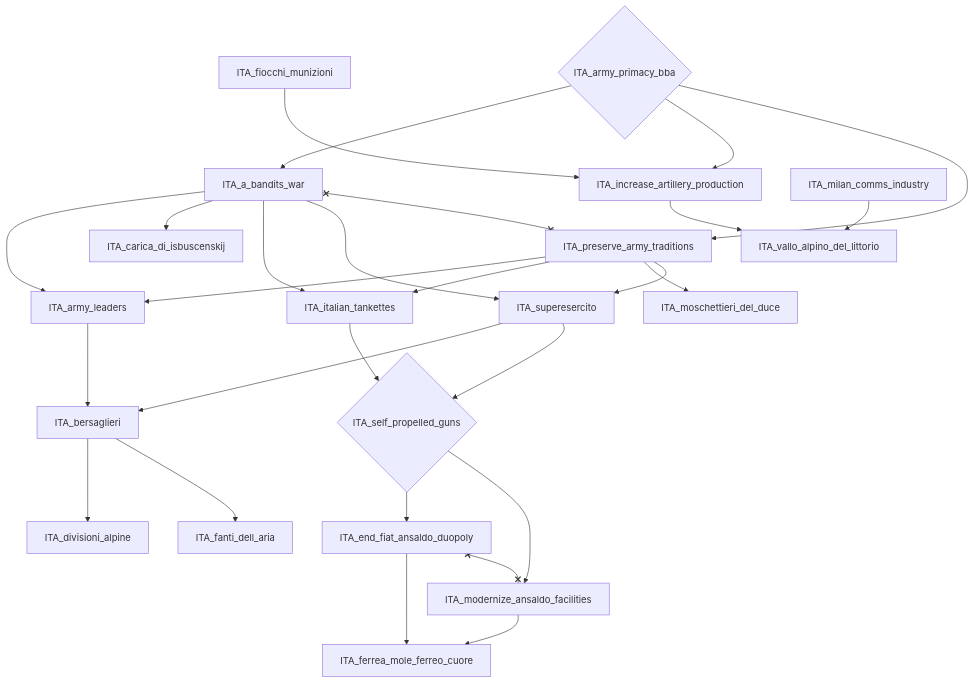
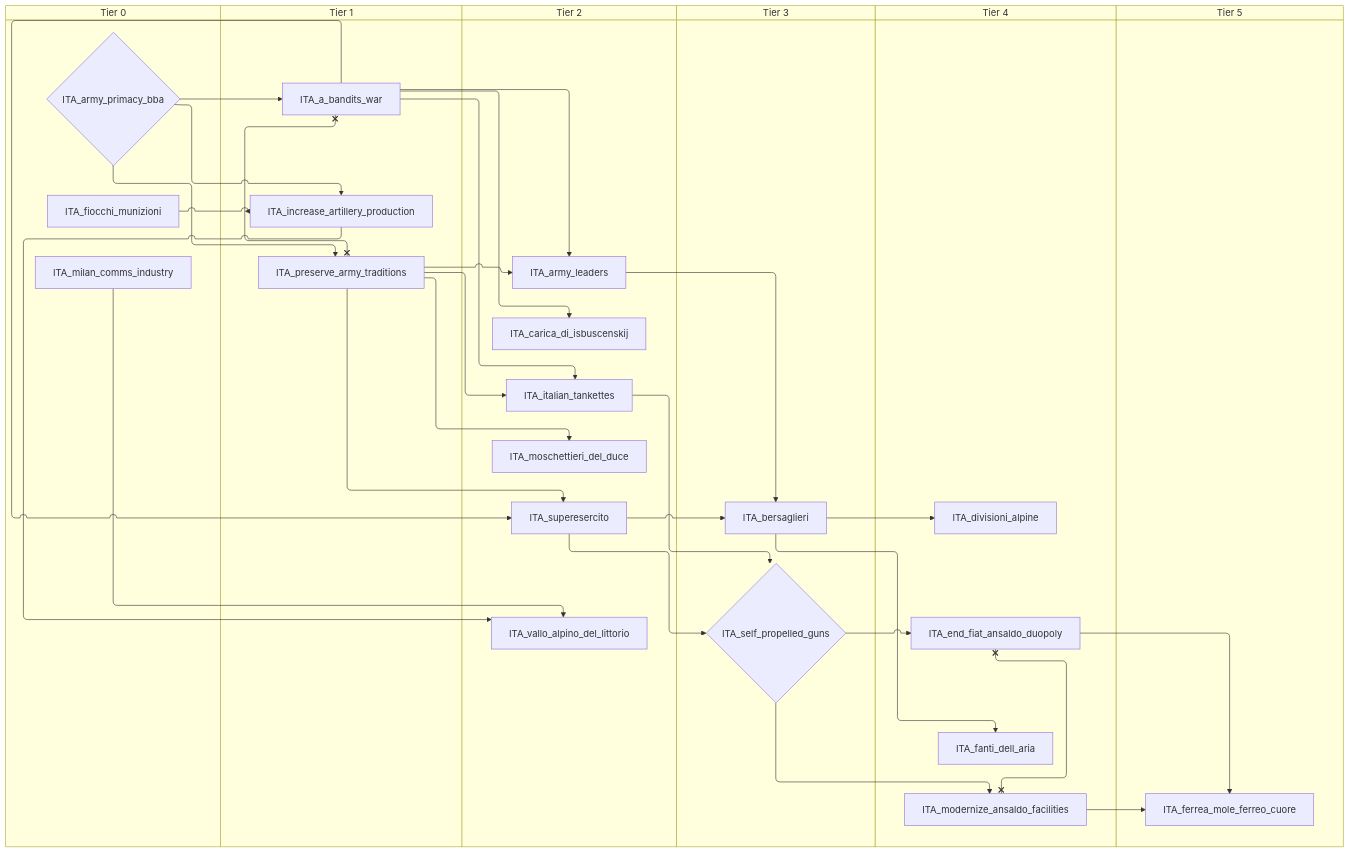
One commit to evgeny-sobol/hoi4-sandbox-mode changed the second of 10 diagrams in docs/gdd/National Focuses/italy.md. Above: the diagram before and after it, drawn with Mermaid. The commit also changed other lines of this file and 80 other files, not shown here.

First line of the commit message:
Add swimlane mode to focus graph exporter

````diff
--- a/docs/gdd/National Focuses/italy.md
+++ b/docs/gdd/National Focuses/italy.md
@@ -48,48 +60,60 @@
 ```mermaid
-flowchart TD
-    n17["ITA_a_bandits_war"]
-    n18["ITA_army_leaders"]
-    n19{"ITA_army_primacy_bba"}
-    n20["ITA_bersaglieri"]
-    n21["ITA_carica_di_isbuscenskij"]
-    n22["ITA_divisioni_alpine"]
-    n23["ITA_end_fiat_ansaldo_duopoly"]
-    n24["ITA_fanti_dell_aria"]
-    n25["ITA_ferrea_mole_ferreo_cuore"]
-    n26["ITA_fiocchi_munizioni"]
-    n27["ITA_increase_artillery_production"]
-    n28["ITA_italian_tankettes"]
-    n29["ITA_milan_comms_industry"]
-    n30["ITA_modernize_ansaldo_facilities"]
-    n31["ITA_moschettieri_del_duce"]
-    n32["ITA_preserve_army_traditions"]
-    n33{"ITA_self_propelled_guns"}
-    n34["ITA_superesercito"]
-    n35["ITA_vallo_alpino_del_littorio"]
-    n19 --> n17
-    n32 --> n18
-    n17 --> n18
-    n18 --> n20
-    n34 --> n20
+swimlane-beta TD
+    subgraph tier_0["Tier 0"]
+        n17{"ITA_army_primacy_bba"}
+        n18["ITA_fiocchi_munizioni"]
+        n19["ITA_milan_comms_industry"]
+    end
+    subgraph tier_1["Tier 1"]
+        n20["ITA_a_bandits_war"]
+        n21["ITA_increase_artillery_production"]
+        n22["ITA_preserve_army_traditions"]
+    end
+    subgraph tier_2["Tier 2"]
+        n23["ITA_army_leaders"]
+        n24["ITA_carica_di_isbuscenskij"]
+        n25["ITA_italian_tankettes"]
+        n26["ITA_moschettieri_del_duce"]
+        n27["ITA_superesercito"]
+        n28["ITA_vallo_alpino_del_littorio"]
+    end
+    subgraph tier_3["Tier 3"]
+        n29["ITA_bersaglieri"]
+        n30{"ITA_self_propelled_guns"}
+    end
+    subgraph tier_4["Tier 4"]
+        n31["ITA_divisioni_alpine"]
+        n32["ITA_end_fiat_ansaldo_duopoly"]
+        n33["ITA_fanti_dell_aria"]
+        n34["ITA_modernize_ansaldo_facilities"]
+    end
+    subgraph tier_5["Tier 5"]
+        n35["ITA_ferrea_mole_ferreo_cuore"]
+    end
+    n17 --> n20
+    n22 --> n23
+    n20 --> n23
+    n23 --> n29
+    n27 --> n29
+    n20 --> n24
+    n29 --> n31
+    n30 --> n32
+    n29 --> n33
+    n32 --> n35
+    n34 --> n35
+    n18 --> n21
     n17 --> n21
-    n20 --> n22
-    n33 --> n23
-    n20 --> n24
-    n23 --> n25
-    n30 --> n25
-    n26 --> n27
-    n19 --> n27
-    n32 --> n28
-    n17 --> n28
-    n33 --> n30
-    n32 --> n31
-    n19 --> n32
-    n34 --> n33
-    n28 --> n33
-    n32 --> n34
-    n17 --> n34
-    n29 --> n35
-    n27 --> n35
-    n17 x--x n32
-    n23 x--x n30
+    n22 --> n25
+    n20 --> n25
+    n30 --> n34
+    n22 --> n26
+    n17 --> n22
+    n27 --> n30
+    n25 --> n30
+    n22 --> n27
+    n20 --> n27
+    n19 --> n28
+    n21 --> n28
+    n20 x--x n22
+    n32 x--x n34
 ```
````
